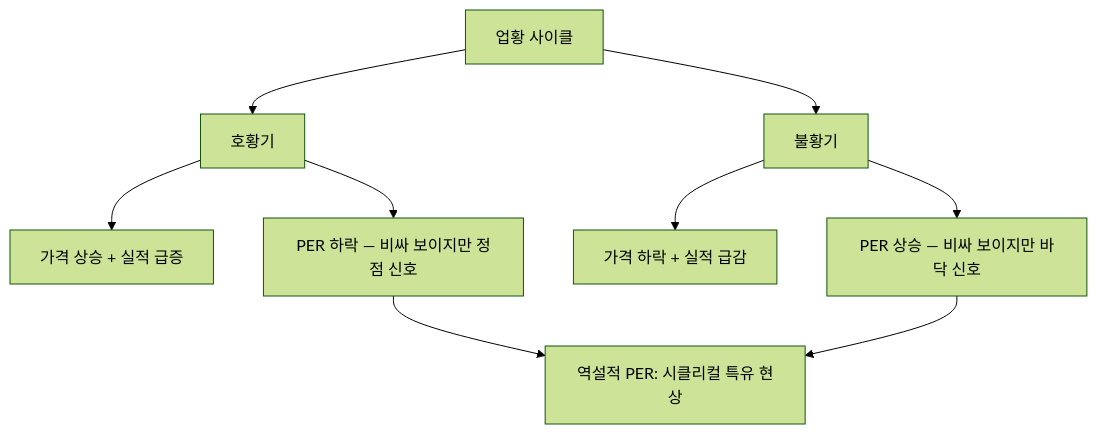
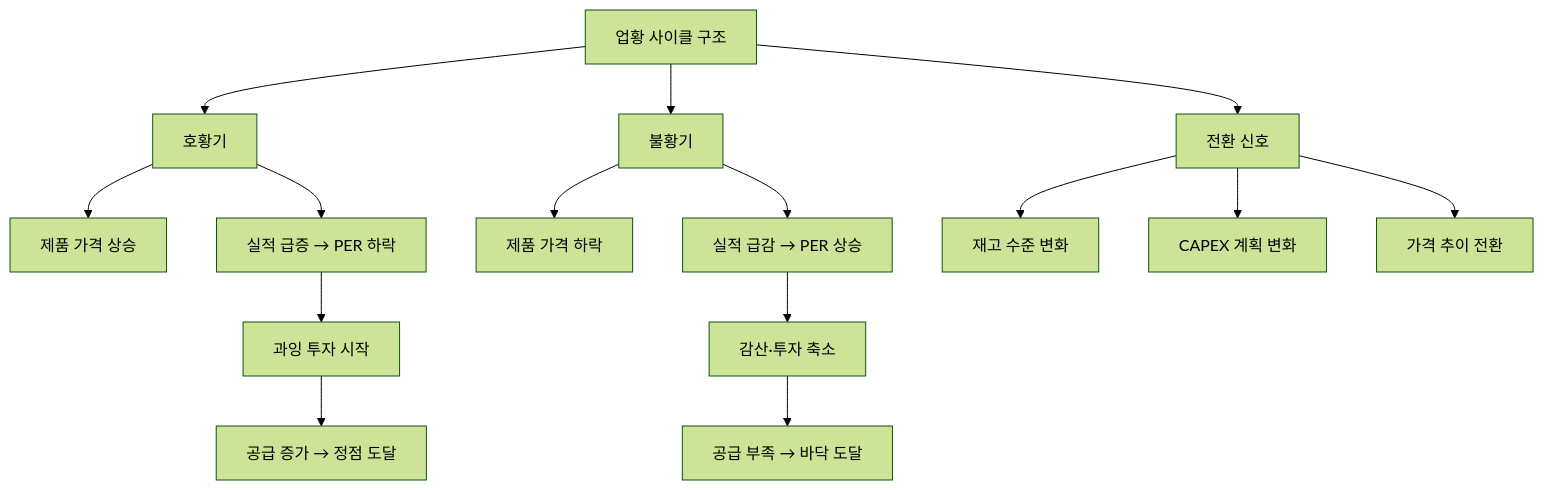
The diagram in content/stock-terms/ko/level-09-strategy-risk/cyclical.md (yeongseon/stock-visual-note), drawn with Mermaid (forest theme) before and after one commit. The commit also changed other lines of this file and 9 other files, not shown here.

Commit message:
content: rewrite level-09 (10 articles) — richer diagrams, realistic scenarios, blog tone

````diff
--- a/content/stock-terms/ko/level-09-strategy-risk/cyclical.md
+++ b/content/stock-terms/ko/level-09-strategy-risk/cyclical.md
@@ -42,12 +43,18 @@
 ```mermaid
 graph TD
-    A["업황 사이클"]
+    A["업황 사이클 구조"]
     A --> B["호황기"]
     A --> C["불황기"]
-    B --> B1["가격 상승 + 실적 급증"]
-    B --> B2["PER 하락 — 비싸 보이지만 정점 신호"]
-    C --> C1["가격 하락 + 실적 급감"]
-    C --> C2["PER 상승 — 비싸 보이지만 바닥 신호"]
-    B2 --> D["역설적 PER: 시클리컬 특유 현상"]
-    C2 --> D
+    A --> D["전환 신호"]
+    B --> B1["제품 가격 상승"]
+    B --> B2["실적 급증 → PER 하락"]
+    B2 --> B3["과잉 투자 시작"]
+    B3 --> B4["공급 증가 → 정점 도달"]
+    C --> C1["제품 가격 하락"]
+    C --> C2["실적 급감 → PER 상승"]
+    C2 --> C3["감산·투자 축소"]
+    C3 --> C4["공급 부족 → 바닥 도달"]
+    D --> D1["재고 수준 변화"]
+    D --> D2["CAPEX 계획 변화"]
+    D --> D3["가격 추이 전환"]
 ```
````
